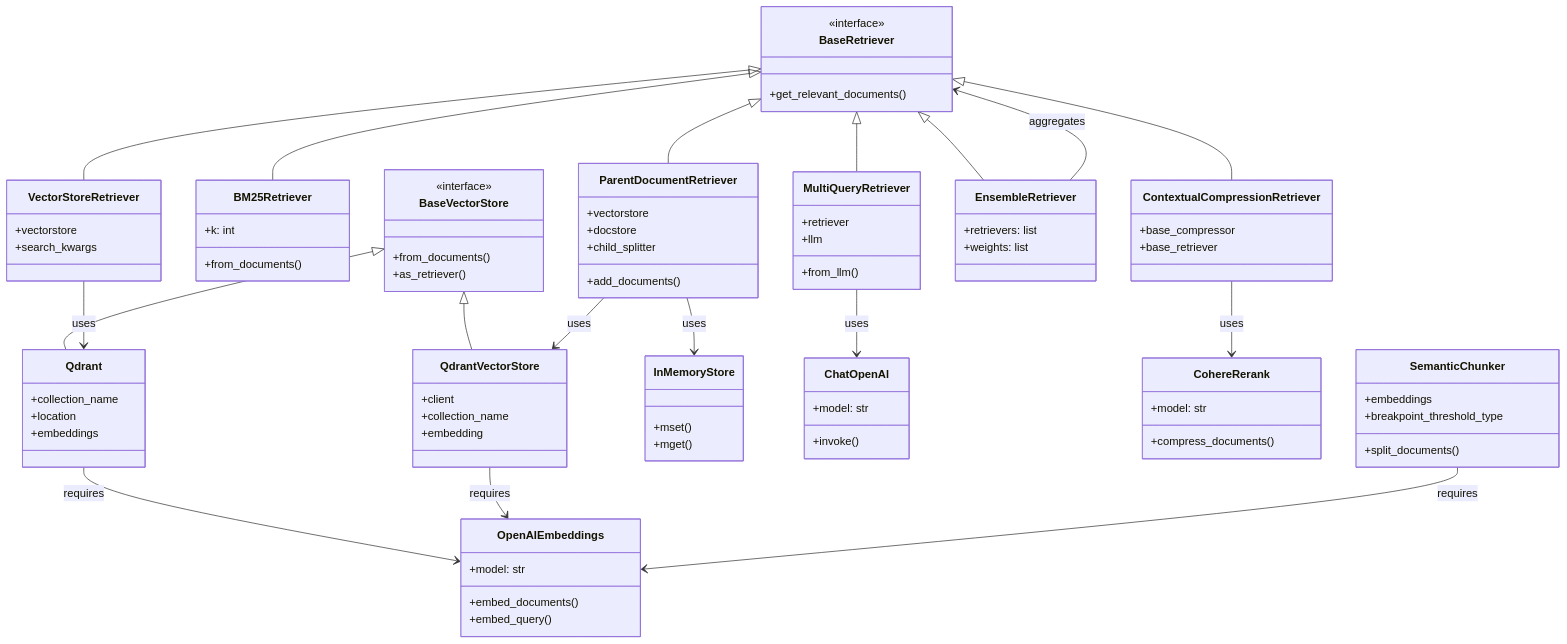
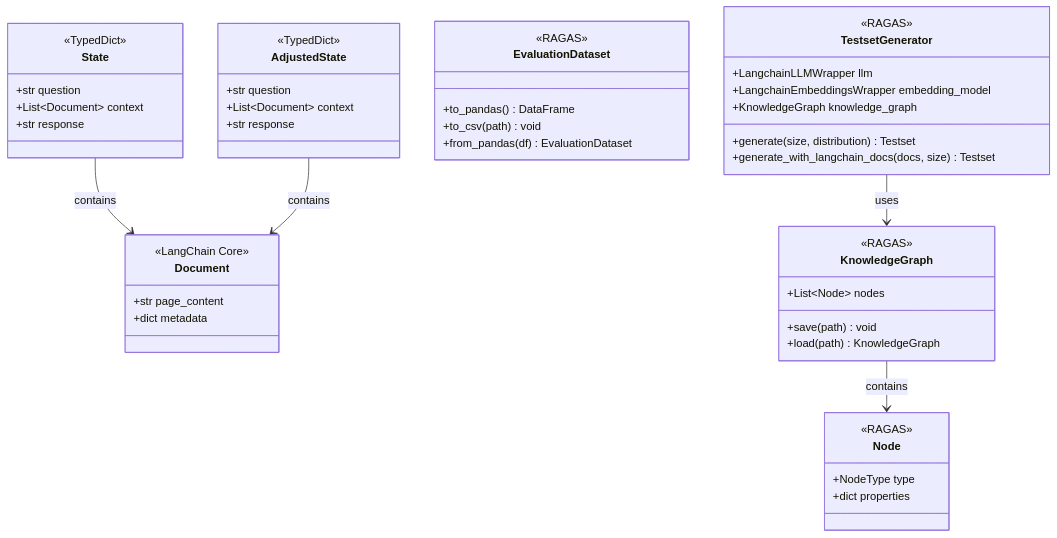
The fourth of 8 diagrams in architecture/diagrams/02_architecture_diagrams.md (don-aie-cohort8/aie8-s09-adv-retrieval), drawn with Mermaid before and after one commit. The commit also changed other lines of this file and 11 other files, not shown here.

````diff
--- a/architecture/diagrams/02_architecture_diagrams.md
+++ b/architecture/diagrams/02_architecture_diagrams.md
@@ -215,106 +214,56 @@
 ```mermaid
 classDiagram
-    class BaseRetriever {
-        <<interface>>
-        +get_relevant_documents()
+    class State {
+        <<TypedDict>>
+        +str question
+        +List~Document~ context
+        +str response
     }
 
-    class VectorStoreRetriever {
-        +vectorstore
-        +search_kwargs
+    class AdjustedState {
+        <<TypedDict>>
+        +str question
+        +List~Document~ context
+        +str response
     }
 
-    class BM25Retriever {
-        +from_documents()
-        +k: int
+    class Document {
+        <<LangChain Core>>
+        +str page_content
+        +dict metadata
     }
 
-    class MultiQueryRetriever {
-        +from_llm()
-        +retriever
-        +llm
+    class EvaluationDataset {
+        <<RAGAS>>
+        +to_pandas() DataFrame
+        +to_csv(path) void
+        +from_pandas(df) EvaluationDataset
     }
 
-    class ParentDocumentRetriever {
-        +vectorstore
-        +docstore
-        +child_splitter
-        +add_documents()
+    class TestsetGenerator {
+        <<RAGAS>>
+        +LangchainLLMWrapper llm
+        +LangchainEmbeddingsWrapper embedding_model
+        +KnowledgeGraph knowledge_graph
+        +generate(size, distribution) Testset
+        +generate_with_langchain_docs(docs, size) Testset
     }
 
-    class ContextualCompressionRetriever {
-        +base_compressor
-        +base_retriever
+    class KnowledgeGraph {
+        <<RAGAS>>
+        +List~Node~ nodes
+        +save(path) void
+        +load(path) KnowledgeGraph
     }
 
-    class EnsembleRetriever {
-        +retrievers: list
-        +weights: list
+    class Node {
+        <<RAGAS>>
+        +NodeType type
+        +dict properties
     }
 
-    class BaseVectorStore {
-        <<interface>>
-        +from_documents()
-        +as_retriever()
-    }
-
-    class Qdrant {
-        +collection_name
-        +location
-        +embeddings
-    }
-
-    class QdrantVectorStore {
-        +client
-        +collection_name
-        +embedding
-    }
-
-    class InMemoryStore {
-        +mset()
-        +mget()
-    }
-
-    class OpenAIEmbeddings {
-        +model: str
-        +embed_documents()
-        +embed_query()
-    }
-
-    class ChatOpenAI {
-        +model: str
-        +invoke()
-    }
-
-    class CohereRerank {
-        +model: str
-        +compress_documents()
-    }
-
-    class SemanticChunker {
-        +embeddings
-        +breakpoint_threshold_type
-        +split_documents()
-    }
-
-    BaseRetriever <|-- VectorStoreRetriever
-    BaseRetriever <|-- BM25Retriever
-    BaseRetriever <|-- MultiQueryRetriever
-    BaseRetriever <|-- ParentDocumentRetriever
-    BaseRetriever <|-- ContextualCompressionRetriever
-    BaseRetriever <|-- EnsembleRetriever
-
-    BaseVectorStore <|-- Qdrant
-    BaseVectorStore <|-- QdrantVectorStore
-
-    VectorStoreRetriever --> Qdrant : uses
-    ParentDocumentRetriever --> QdrantVectorStore : uses
-    ParentDocumentRetriever --> InMemoryStore : uses
-    ContextualCompressionRetriever --> CohereRerank : uses
-    MultiQueryRetriever --> ChatOpenAI : uses
-    EnsembleRetriever --> BaseRetriever : aggregates
-
-    Qdrant --> OpenAIEmbeddings : requires
-    QdrantVectorStore --> OpenAIEmbeddings : requires
-    SemanticChunker --> OpenAIEmbeddings : requires
+    State --> Document : contains
+    AdjustedState --> Document : contains
+    TestsetGenerator --> KnowledgeGraph : uses
+    KnowledgeGraph --> Node : contains
 ```
````
